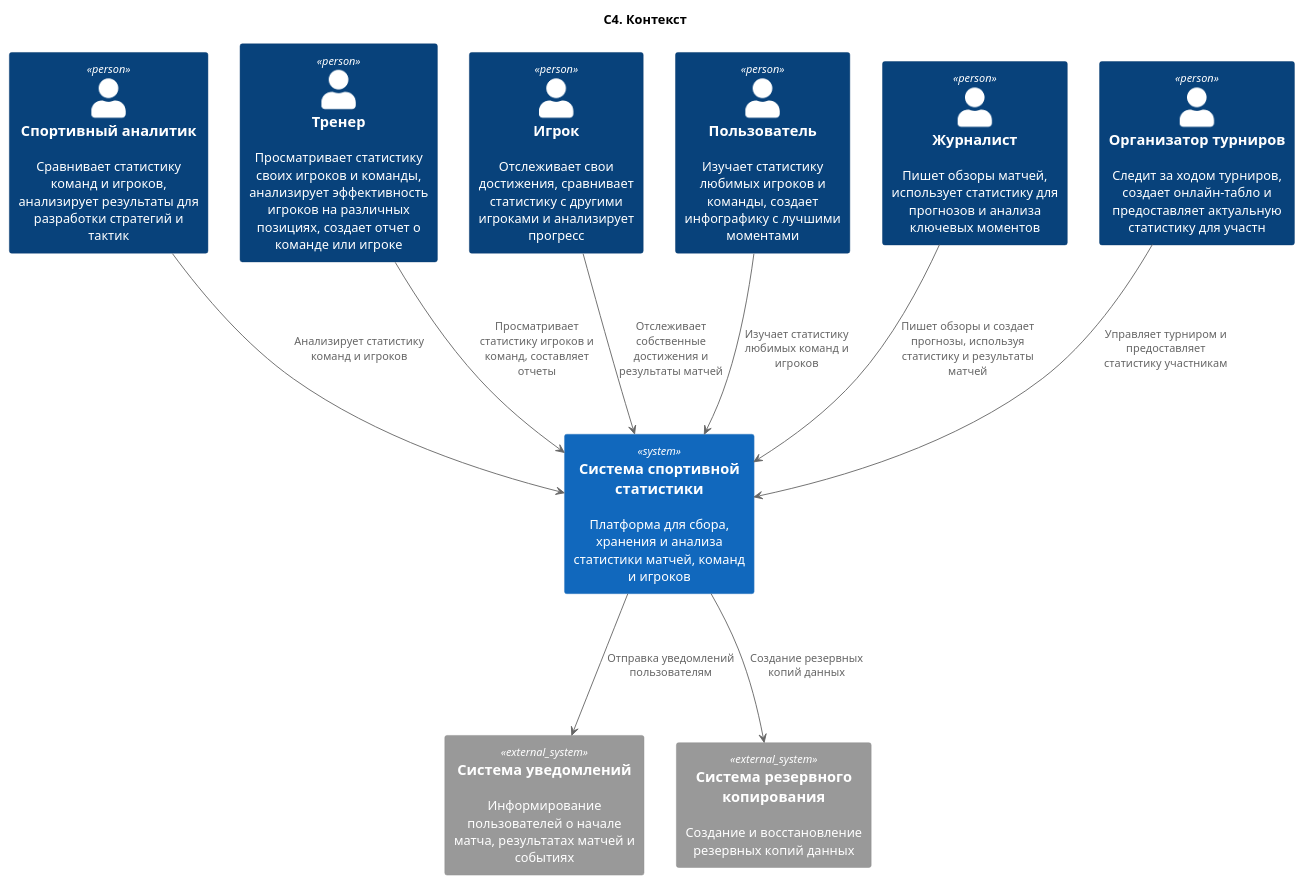
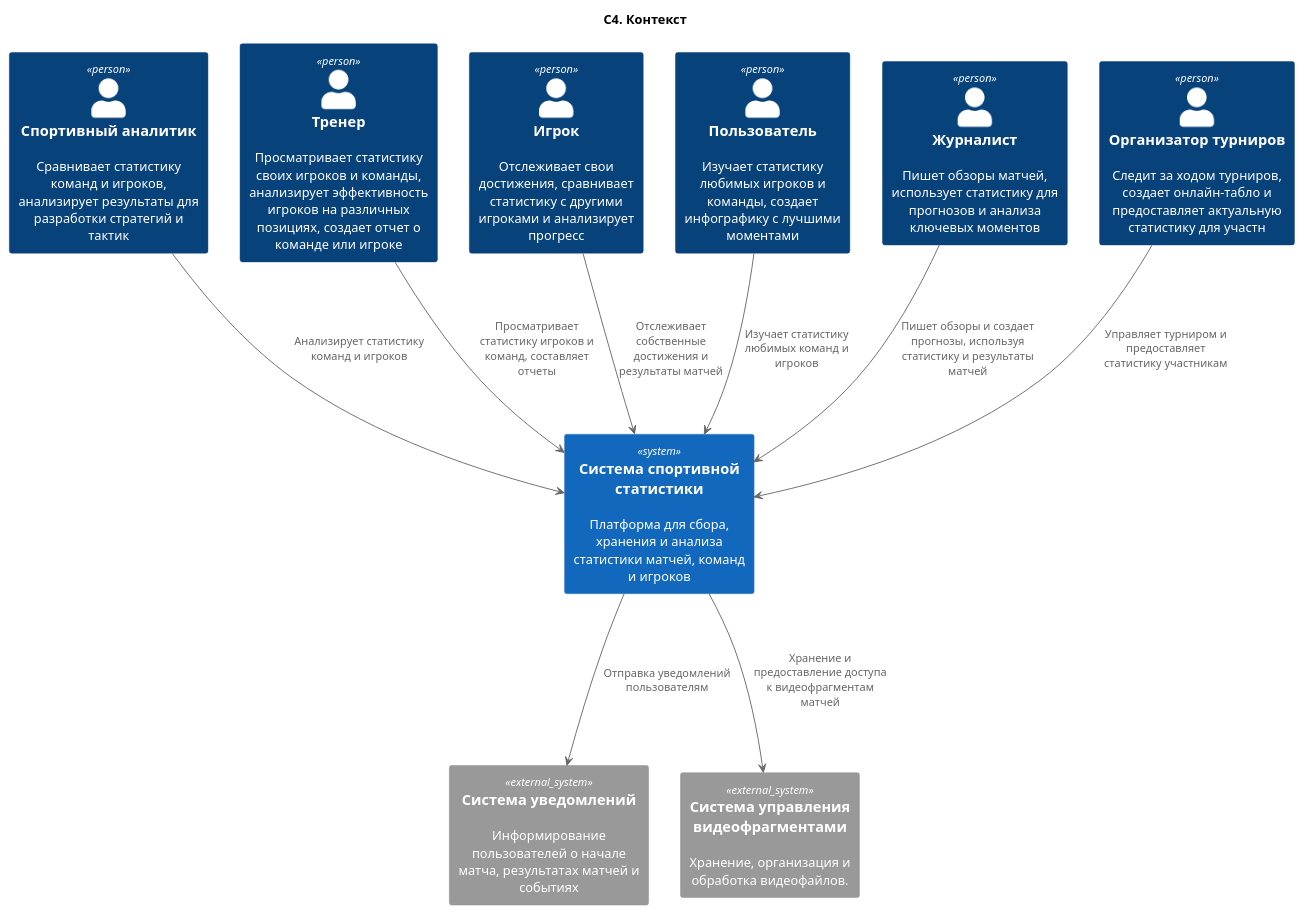
Before and after one commit to pdani1ov/project_doc: the diagram in 2. Технический проект/context.puml, drawn with PlantUML. The commit also changed 5 other files, not shown here.

Commit message:
Заменил систему резервного копирования на систему управления видеофрагментами, добавил шину событий, поправил container в C4

```diff
--- a/2. Технический проект/context.puml
+++ b/2. Технический проект/context.puml
@@ -1,28 +1,28 @@
 @startuml Context
 title "C4. Контекст"
 
 !include <C4/C4_Container>
 
 Person(analyst, "Спортивный аналитик", "Сравнивает статистику команд и игроков, анализирует результаты для разработки стратегий и тактик")
 Person(coach, "Тренер", "Просматривает статистику своих игроков и команды, анализирует эффективность игроков на различных позициях, создает отчет о команде или игроке")
 Person(player, "Игрок", "Отслеживает свои достижения, сравнивает статистику с другими игроками и анализирует прогресс")
 Person(baseUser, "Пользователь", "Изучает статистику любимых игроков и команды, создает инфографику с лучшими моментами")
 Person(journalist, "Журналист", "Пишет обзоры матчей, использует статистику для прогнозов и анализа ключевых моментов")
 Person(tournamentOrganizer, "Организатор турниров", "Следит за ходом турниров, создает онлайн-табло и предоставляет актуальную статистику для участн")
 
 System(sportsStatsSystem, "Система спортивной статистики", "Платформа для сбора, хранения и анализа статистики матчей, команд и игроков")
 
 System_Ext(notificationSystem, "Система уведомлений", "Информирование пользователей о начале матча, результатах матчей и событиях")
-System_Ext(backupSystem, "Система резервного копирования", "Создание и восстановление резервных копий данных")
+System_Ext(videoSystem, "Система управления видеофрагментами", "Хранение, организация и обработка видеофайлов.")
 
 analyst ---> sportsStatsSystem : Анализирует статистику команд и игроков
 coach ---> sportsStatsSystem : Просматривает статистику игроков и команд, составляет отчеты
 player ---> sportsStatsSystem : Отслеживает собственные достижения и результаты матчей
 baseUser ---> sportsStatsSystem : Изучает статистику любимых команд и игроков
 journalist ---> sportsStatsSystem : Пишет обзоры и создает прогнозы, используя статистику и результаты матчей
 tournamentOrganizer ---> sportsStatsSystem : Управляет турниром и предоставляет статистику участникам
 
 sportsStatsSystem ---> notificationSystem : Отправка уведомлений пользователям
-sportsStatsSystem ---> backupSystem : Создание резервных копий данных
+sportsStatsSystem ---> videoSystem : Хранение и предоставление доступа к видеофрагментам матчей
 
 @enduml
```
